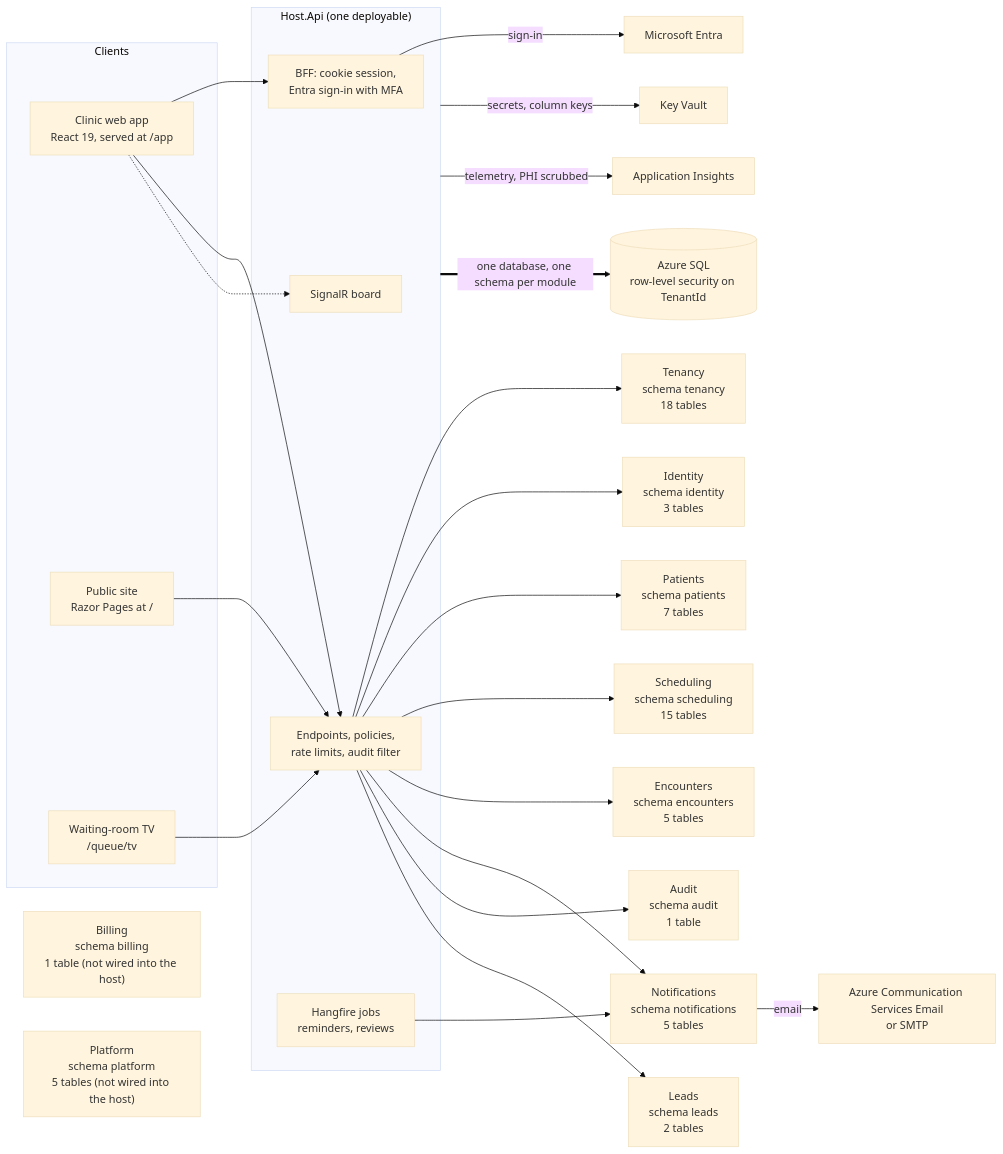
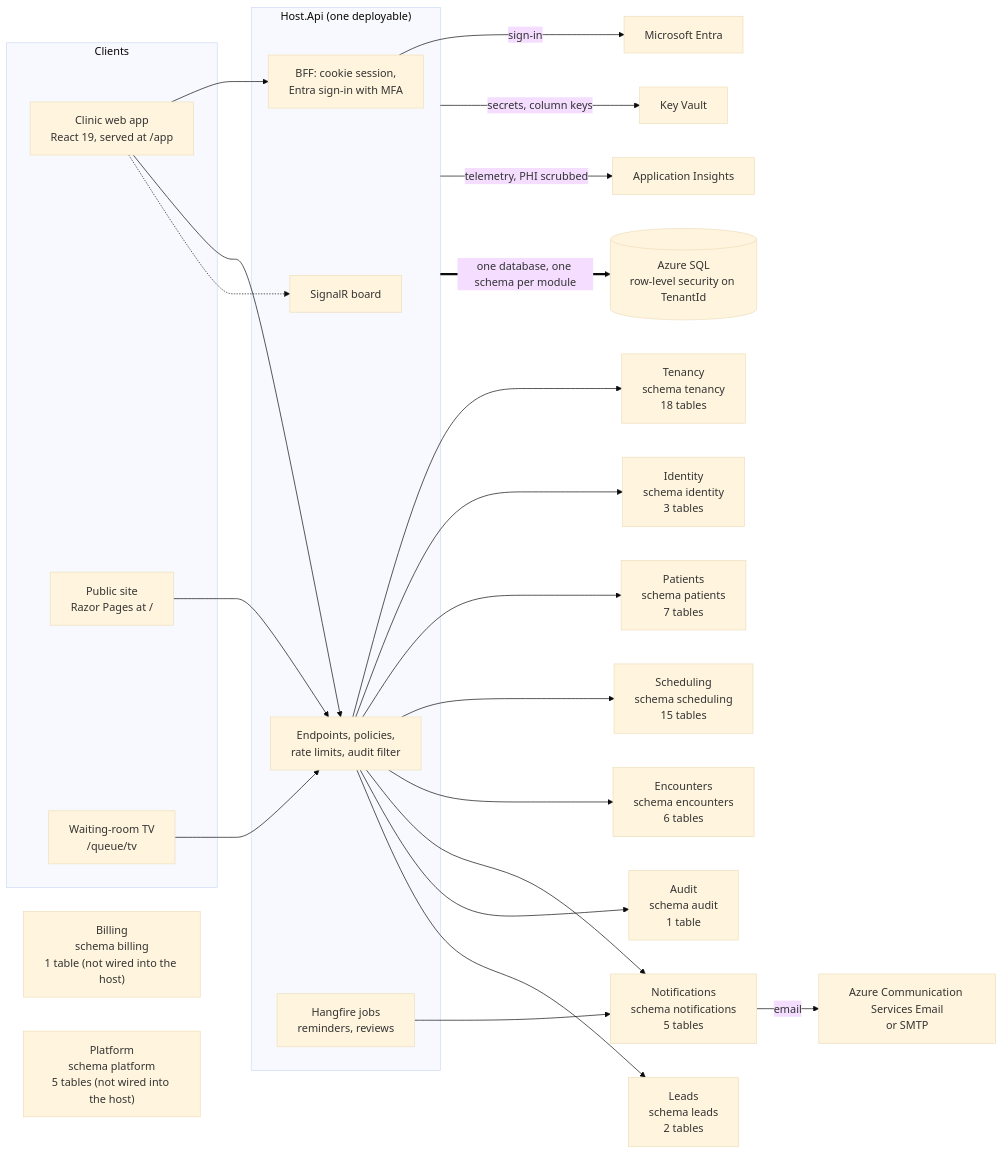
Before and after one commit to ALFRED-LUCIFER/medvya: the first of 13 diagrams in docs/03-architecture/erd.md, drawn with Mermaid (base theme). The commit also changed other lines of this file and 43 other files, not shown here.

````diff
--- a/docs/03-architecture/erd.md
+++ b/docs/03-architecture/erd.md
@@ -15,35 +15,35 @@
 ```mermaid
 flowchart LR
   subgraph Clients
     web["Clinic web app<br/>React 19, served at /app"]
     site["Public site<br/>Razor Pages at /"]
     tv["Waiting-room TV<br/>/queue/tv"]
   end
   subgraph Host["Host.Api (one deployable)"]
     bff["BFF: cookie session,<br/>Entra sign-in with MFA"]
     api["Endpoints, policies,<br/>rate limits, audit filter"]
     hub["SignalR board"]
     jobs["Hangfire jobs<br/>reminders, reviews"]
   end
   web --> bff
   web --> api
   web -.-> hub
   tv --> api
   site --> api
   api --> Tenancy["Tenancy<br/>schema tenancy<br/>18 tables"]
   api --> Identity["Identity<br/>schema identity<br/>3 tables"]
   api --> Patients["Patients<br/>schema patients<br/>7 tables"]
   api --> Scheduling["Scheduling<br/>schema scheduling<br/>15 tables"]
-  api --> Encounters["Encounters<br/>schema encounters<br/>5 tables"]
+  api --> Encounters["Encounters<br/>schema encounters<br/>6 tables"]
   api --> Notifications["Notifications<br/>schema notifications<br/>5 tables"]
   api --> Audit["Audit<br/>schema audit<br/>1 table"]
   api --> Leads["Leads<br/>schema leads<br/>2 tables"]
   Billing["Billing<br/>schema billing<br/>1 table (not wired into the host)"]
   Platform["Platform<br/>schema platform<br/>5 tables (not wired into the host)"]
   jobs --> Notifications
   bff -->|"sign-in"| entra["Microsoft Entra"]
   Notifications -->|"email"| mail["Azure Communication Services Email<br/>or SMTP"]
   Host -->|"secrets, column keys"| kv["Key Vault"]
   Host -->|"telemetry, PHI scrubbed"| ai["Application Insights"]
   Host ==>|"one database, one schema per module"| sql[("Azure SQL<br/>row-level security on TenantId")]
 ```
````
